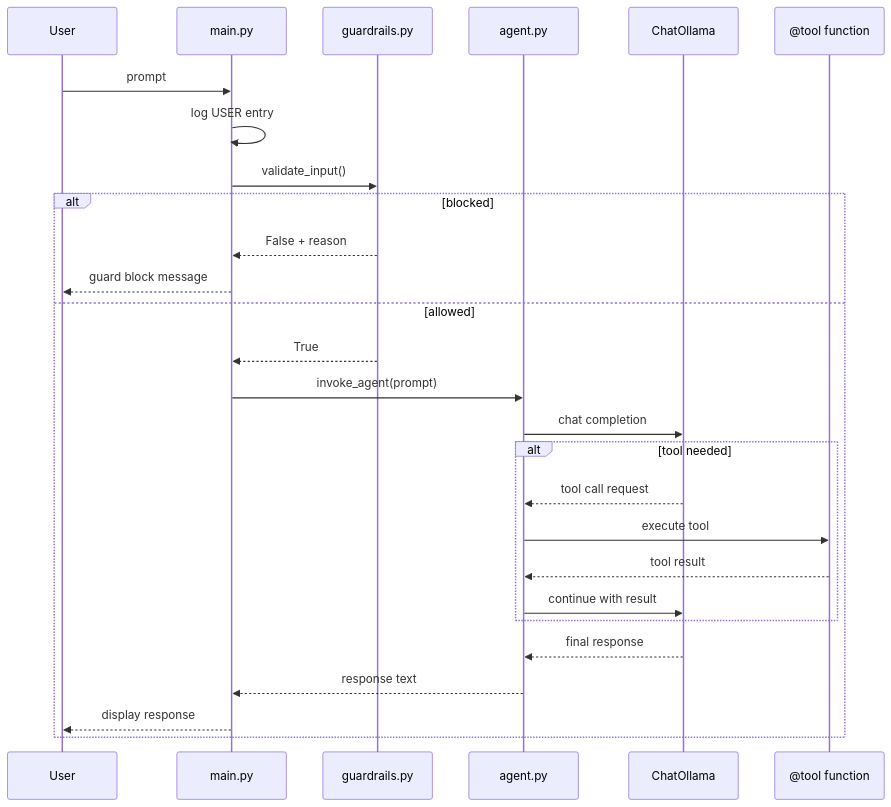
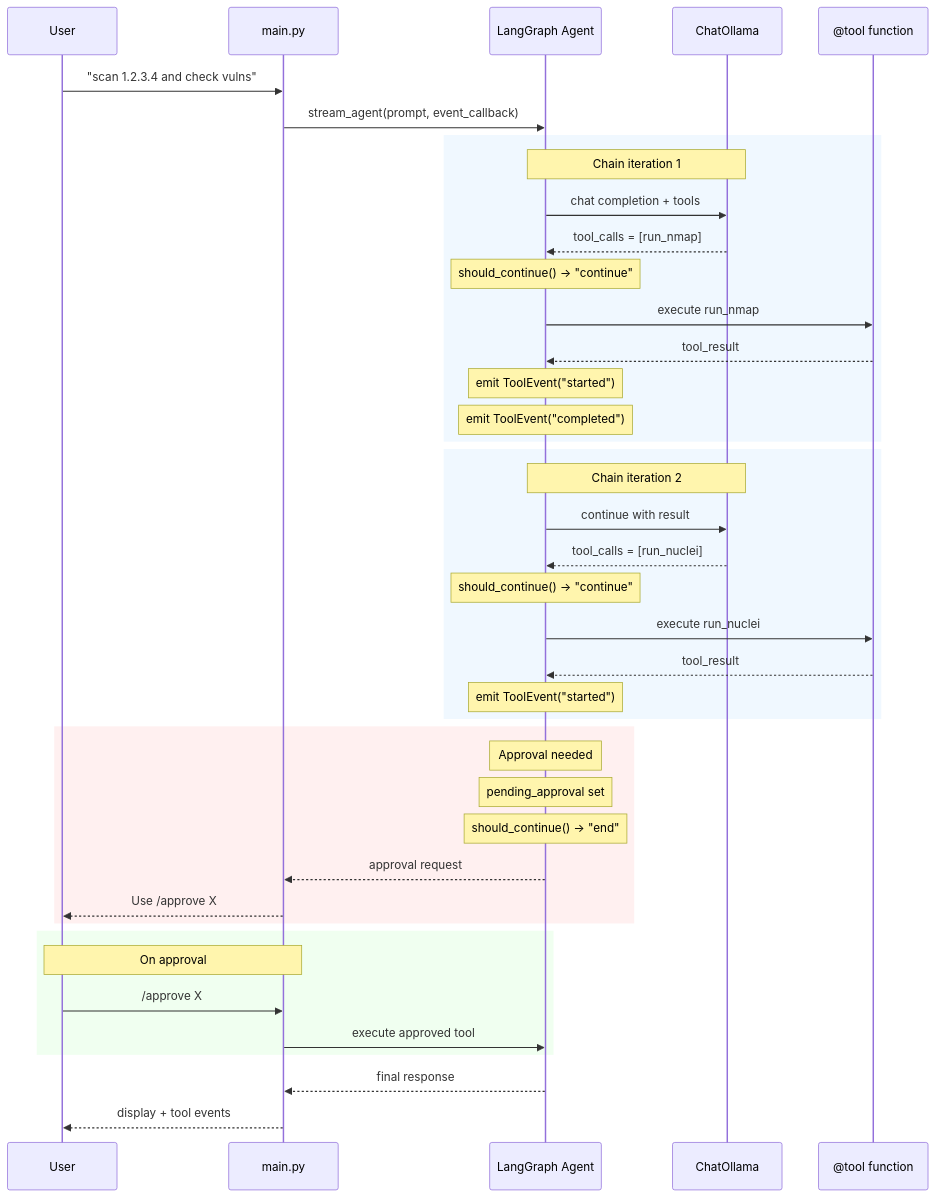
One commit to soorajrs409/e-agent changed the second of 2 diagrams in docs/ARCHITECTURE.md. Above: the diagram before and after it, drawn with Mermaid. The commit also changed other lines of this file and 29 other files, not shown here.

First line of the commit message:
feat: implement multi-tool chains with LangGraph StateGraph

````diff
--- a/docs/ARCHITECTURE.md
+++ b/docs/ARCHITECTURE.md
@@ -72,33 +122,49 @@
 ```mermaid
 sequenceDiagram
     participant User
     participant Main as main.py
-    participant Guard as guardrails.py
-    participant Agent as agent.py
+    participant Agent as LangGraph Agent
     participant LLM as ChatOllama
     participant Tool as @tool function
 
-    User->>Main: prompt
-    Main->>Main: log USER entry
-    Main->>Guard: validate_input()
-
-    alt blocked
-        Guard-->>Main: False + reason
-        Main-->>User: guard block message
-    else allowed
-        Guard-->>Main: True
-        Main->>Agent: invoke_agent(prompt)
-        Agent->>LLM: chat completion
-
-        alt tool needed
-            LLM-->>Agent: tool call request
-            Agent->>Tool: execute tool
-            Tool-->>Agent: tool result
-            Agent->>LLM: continue with result
-        end
-
-        LLM-->>Agent: final response
-        Agent-->>Main: response text
-        Main-->>User: display response
+    User->>Main: "scan 1.2.3.4 and check vulns"
+    Main->>Agent: stream_agent(prompt, event_callback)
+    
+    rect rgb(240, 248, 255)
+        Note over Agent,LLM: Chain iteration 1
+        Agent->>LLM: chat completion + tools
+        LLM-->>Agent: tool_calls = [run_nmap]
+        Note over Agent: should_continue() → "continue"
+        Agent->>Tool: execute run_nmap
+        Tool-->>Agent: tool_result
+        Note over Agent: emit ToolEvent("started")
+        Note over Agent: emit ToolEvent("completed")
     end
+    
+    rect rgb(240, 248, 255)
+        Note over Agent,LLM: Chain iteration 2
+        Agent->>LLM: continue with result
+        LLM-->>Agent: tool_calls = [run_nuclei]
+        Note over Agent: should_continue() → "continue"
+        Agent->>Tool: execute run_nuclei
+        Tool-->>Agent: tool_result
+        Note over Agent: emit ToolEvent("started")
+    end
+    
+    rect rgb(255, 240, 240)
+        Note over Agent: Approval needed
+        Note over Agent: pending_approval set
+        Note over Agent: should_continue() → "end"
+        Agent-->>Main: approval request
+        Main-->>User: Use /approve X
+    end
+    
+    rect rgb(240, 255, 240)
+        Note over User,Main: On approval
+        User->>Main: /approve X
+        Main->>Agent: execute approved tool
+    end
+    
+    Agent-->>Main: final response
+    Main-->>User: display + tool events
 ```
````
